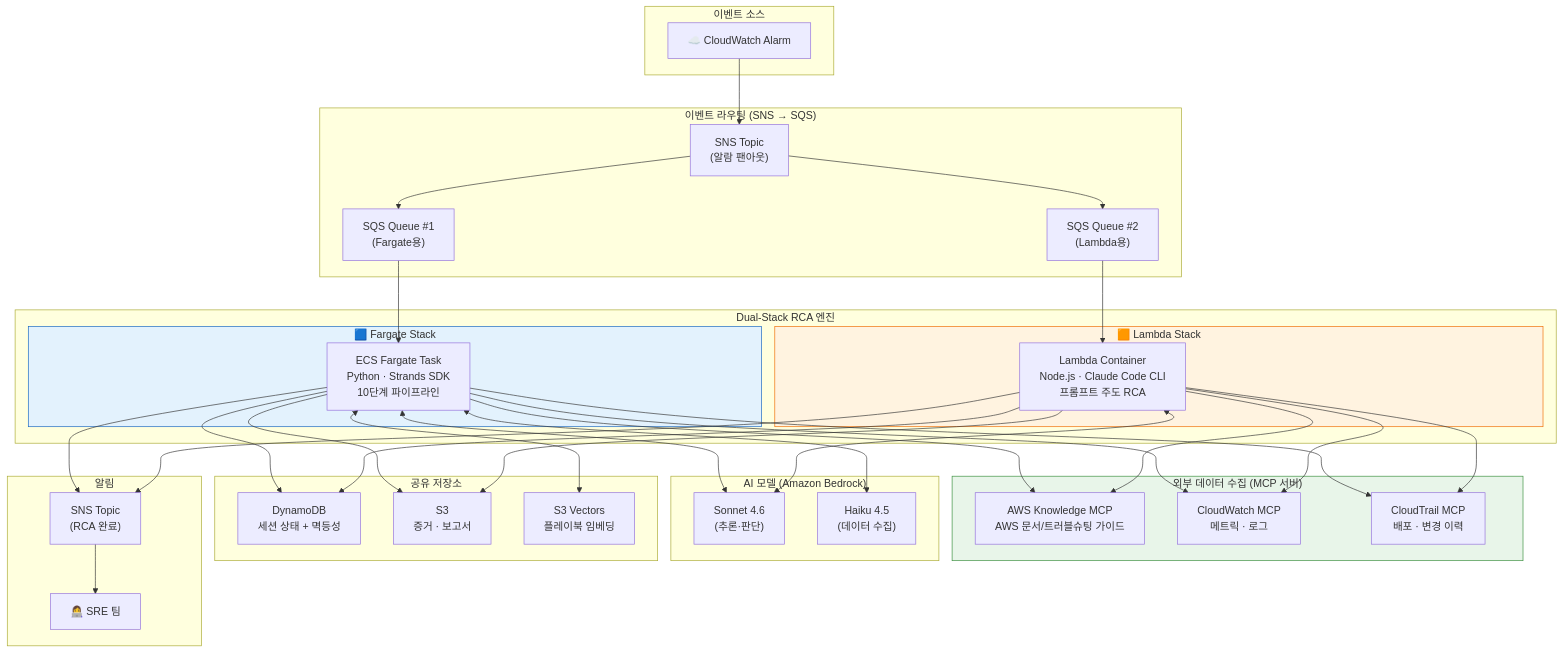
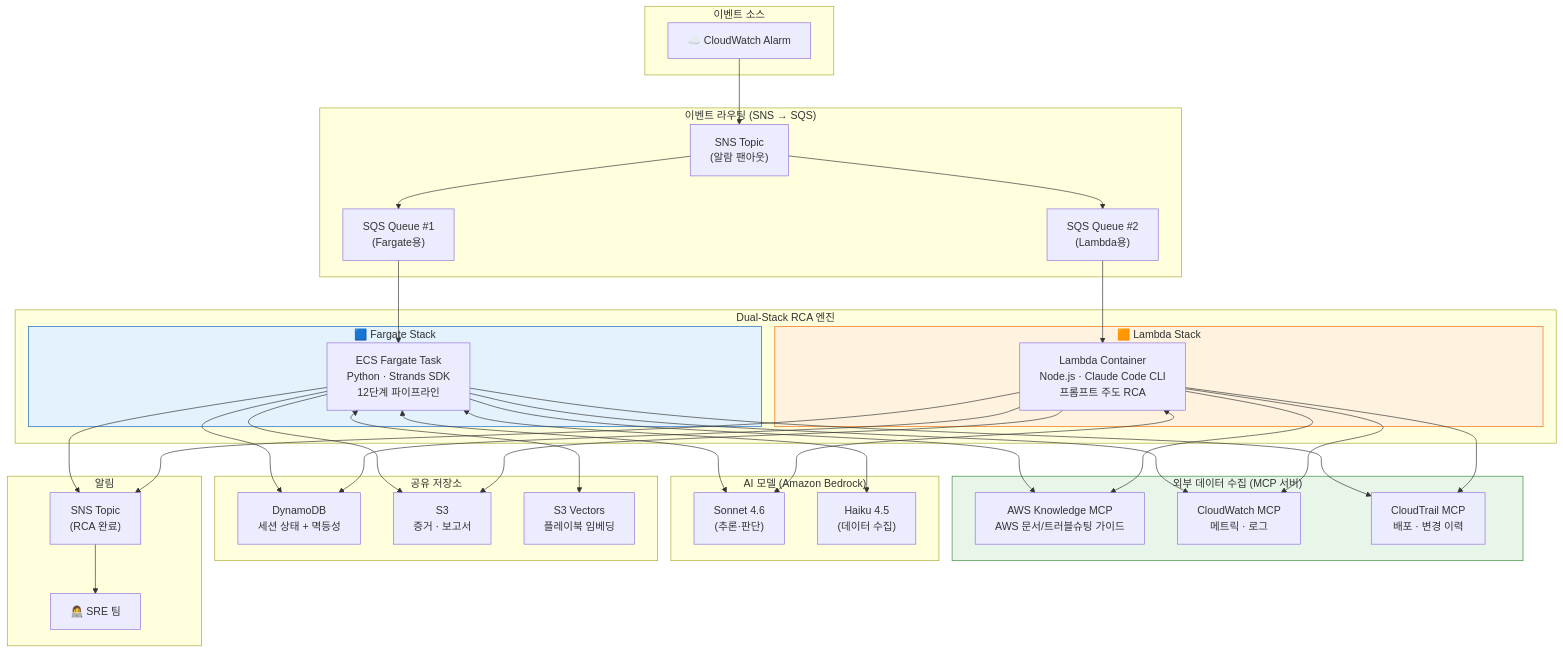
The second of 19 diagrams in docs/system-guide-for-ops.md (haandol/rca-agent), drawn with Mermaid before and after one commit. The commit also changed other lines of this file and 10 other files, not shown here.

````diff
--- a/docs/system-guide-for-ops.md
+++ b/docs/system-guide-for-ops.md
@@ -46,72 +46,72 @@
 ```mermaid
 graph TB
     subgraph EventSource["이벤트 소스"]
         CW["☁️ CloudWatch Alarm"]
     end
 
     subgraph Routing["이벤트 라우팅 (SNS → SQS)"]
         SNS["SNS Topic<br/>(알람 팬아웃)"]
         SQS_F["SQS Queue #1<br/>(Fargate용)"]
         SQS_L["SQS Queue #2<br/>(Lambda용)"]
     end
 
     subgraph DualStack["Dual-Stack RCA 엔진"]
         subgraph FargateStack["🟦 Fargate Stack"]
-            ECS["ECS Fargate Task<br/>Python · Strands SDK<br/>10단계 파이프라인"]
+            ECS["ECS Fargate Task<br/>Python · Strands SDK<br/>12단계 파이프라인"]
         end
         subgraph LambdaStack["🟧 Lambda Stack"]
             LAMBDA["Lambda Container<br/>Node.js · Claude Code CLI<br/>프롬프트 주도 RCA"]
         end
     end
 
     subgraph Tools["외부 데이터 수집 (MCP 서버)"]
         AK["AWS Knowledge MCP<br/>AWS 문서/트러블슈팅 가이드"]
         CW_MCP["CloudWatch MCP<br/>메트릭 · 로그"]
         CT_MCP["CloudTrail MCP<br/>배포 · 변경 이력"]
     end
 
     subgraph LLM["AI 모델 (Amazon Bedrock)"]
         SONNET["Sonnet 4.6<br/>(추론·판단)"]
         HAIKU["Haiku 4.5<br/>(데이터 수집)"]
     end
 
     subgraph SharedStorage["공유 저장소"]
         DDB["DynamoDB<br/>세션 상태 + 멱등성"]
         S3["S3<br/>증거 · 보고서"]
         S3V["S3 Vectors<br/>플레이북 임베딩"]
     end
 
     subgraph Notify["알림"]
         SNS_OUT["SNS Topic<br/>(RCA 완료)"]
         SRE["👩‍💻 SRE 팀"]
     end
 
     CW --> SNS
     SNS --> SQS_F --> ECS
     SNS --> SQS_L --> LAMBDA
 
     ECS <--> SONNET
     ECS <--> HAIKU
     LAMBDA <--> SONNET
 
     ECS --> AK
     ECS --> CW_MCP
     ECS --> CT_MCP
     LAMBDA --> AK
     LAMBDA --> CW_MCP
     LAMBDA --> CT_MCP
 
     ECS --> DDB
     ECS --> S3
     ECS <--> S3V
     LAMBDA --> DDB
     LAMBDA --> S3
 
     ECS --> SNS_OUT
     LAMBDA --> SNS_OUT
     SNS_OUT --> SRE
 
     style FargateStack fill:#e3f2fd,stroke:#1565c0
     style LambdaStack fill:#fff3e0,stroke:#ef6c00
     style Tools fill:#e8f5e9,stroke:#388e3c
 ```
````
